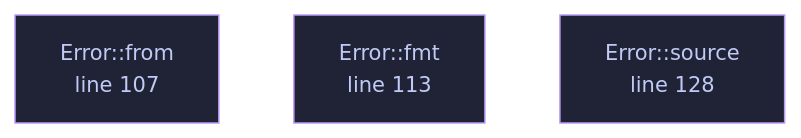
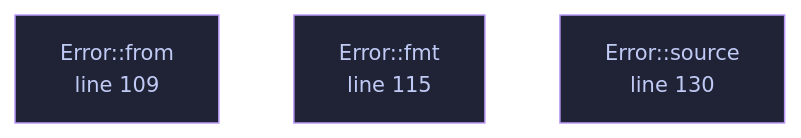
One commit to tilas01/veilvoice changed the diagram in docs/files/veilvoice-conversation/lib.md. Above: the diagram before and after it, drawn with Mermaid. The commit also changed other lines of this file and 68 other files, not shown here.

````diff
--- a/docs/files/veilvoice-conversation/lib.md
+++ b/docs/files/veilvoice-conversation/lib.md
@@ -114,12 +114,12 @@
 ```mermaid
 %%{init: {"theme":"base","themeVariables":{"background":"#1a1b26","primaryColor":"#1f2335","primaryTextColor":"#c0caf5","primaryBorderColor":"#7aa2f7","secondaryColor":"#16161e","tertiaryColor":"#16161e","lineColor":"#737aa2","textColor":"#c0caf5","mainBkg":"#1f2335","nodeBorder":"#7aa2f7","clusterBkg":"#16161e","clusterBorder":"#2f3549","fontFamily":"ui-monospace, SFMono-Regular, Consolas, monospace","fontSize":"14px"}}}%%
 flowchart TD
-    n_from["Error::from<br/>line 107"]
-    n_fmt["Error::fmt<br/>line 113"]
-    n_source["Error::source<br/>line 128"]
-    click n_from href "https://github.com/tilas01/veilvoice/blob/main/crates/veilvoice-conversation/src/lib.rs#L107" "open the source"
-    click n_fmt href "https://github.com/tilas01/veilvoice/blob/main/crates/veilvoice-conversation/src/lib.rs#L113" "open the source"
-    click n_source href "https://github.com/tilas01/veilvoice/blob/main/crates/veilvoice-conversation/src/lib.rs#L128" "open the source"
+    n_from["Error::from<br/>line 109"]
+    n_fmt["Error::fmt<br/>line 115"]
+    n_source["Error::source<br/>line 130"]
+    click n_from href "https://github.com/tilas01/veilvoice/blob/main/crates/veilvoice-conversation/src/lib.rs#L109" "open the source"
+    click n_fmt href "https://github.com/tilas01/veilvoice/blob/main/crates/veilvoice-conversation/src/lib.rs#L115" "open the source"
+    click n_source href "https://github.com/tilas01/veilvoice/blob/main/crates/veilvoice-conversation/src/lib.rs#L130" "open the source"
     classDef helper fill:#1f2335,stroke:#bb9af7,color:#c0caf5
     class n_from,n_fmt,n_source helper
 ```
````
